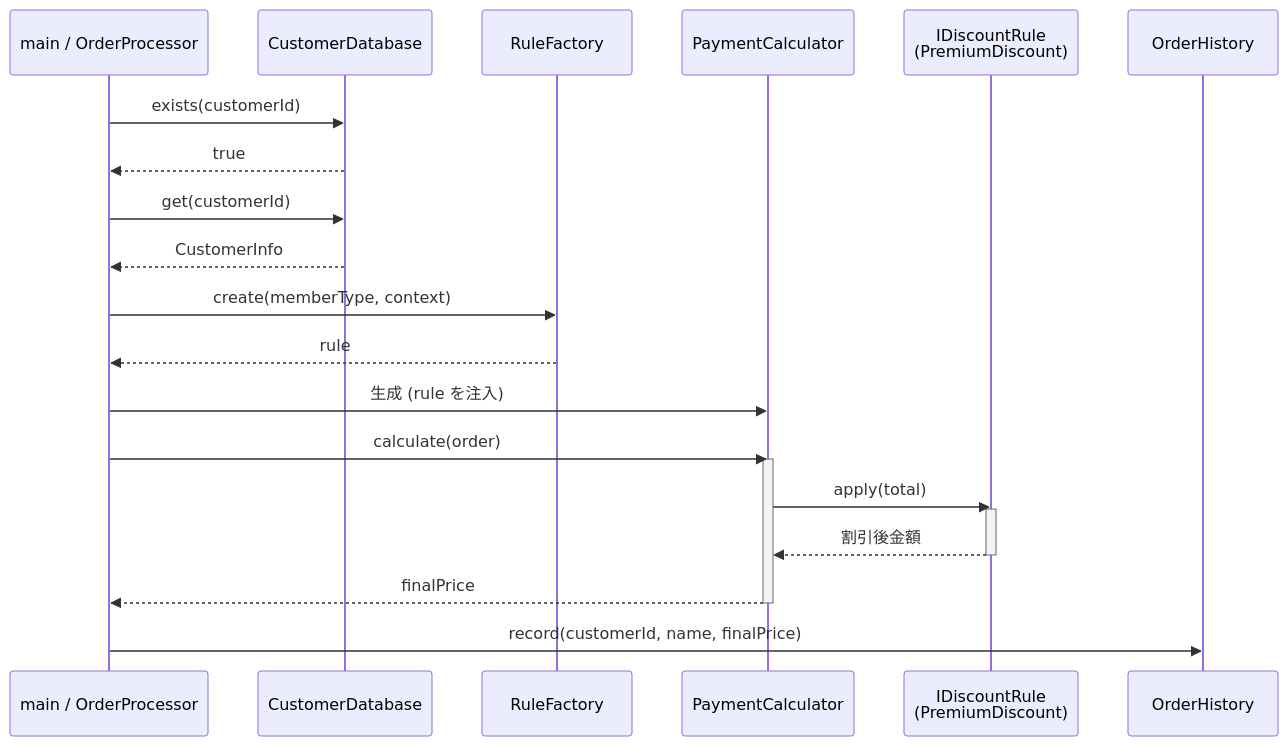
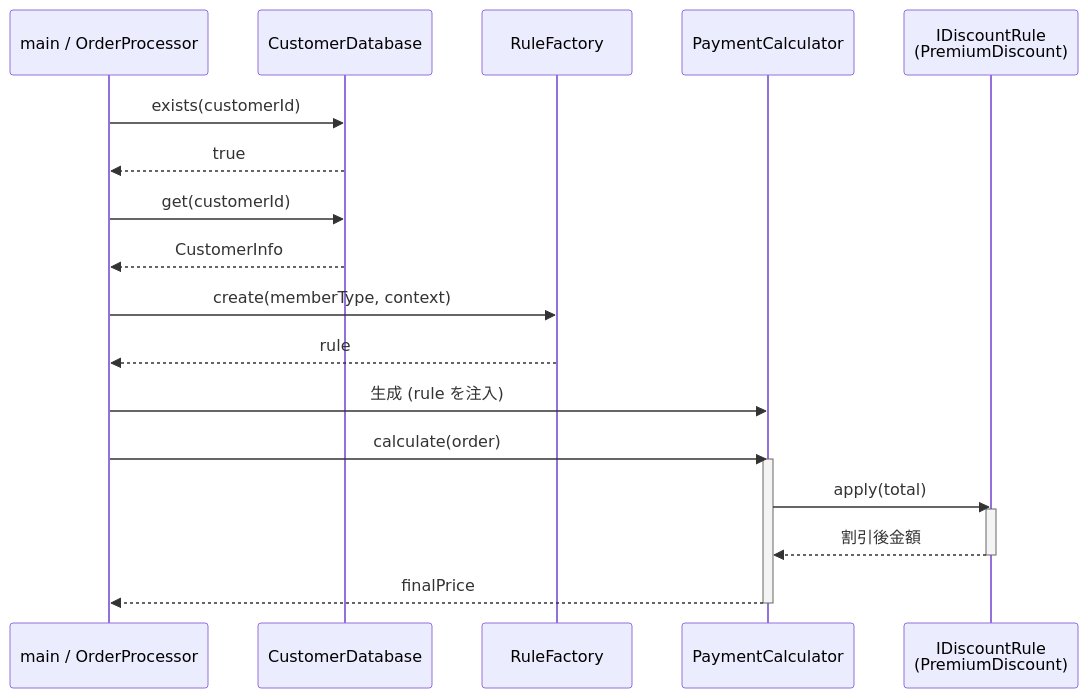
One commit to kumachan1101-pixel/DesignPattern changed the third of 5 diagrams in kindle/design-patterns/output/chapter01.md. Above: the diagram before and after it, drawn with Mermaid. The commit also changed other lines of this file and 11 other files, not shown here.

````diff
--- a/kindle/design-patterns/output/chapter01.md
+++ b/kindle/design-patterns/output/chapter01.md
@@ -1283,26 +1214,24 @@
 ```mermaid
 sequenceDiagram
     participant M as main / OrderProcessor
     participant DB as CustomerDatabase
     participant F as RuleFactory
     participant P as PaymentCalculator
     participant I as IDiscountRule<br/>(PremiumDiscount)
-    participant H as OrderHistory
 
     M->>DB: exists(customerId)
     DB-->>M: true
     M->>DB: get(customerId)
     DB-->>M: CustomerInfo
     M->>F: create(memberType, context)
     F-->>M: rule
     M->>P: 生成 (rule を注入)
     M->>P: calculate(order)
     activate P
     P->>I: apply(total)
     activate I
     I-->>P: 割引後金額
     deactivate I
     P-->>M: finalPrice
     deactivate P
-    M->>H: record(customerId, name, finalPrice)
 ```
````
